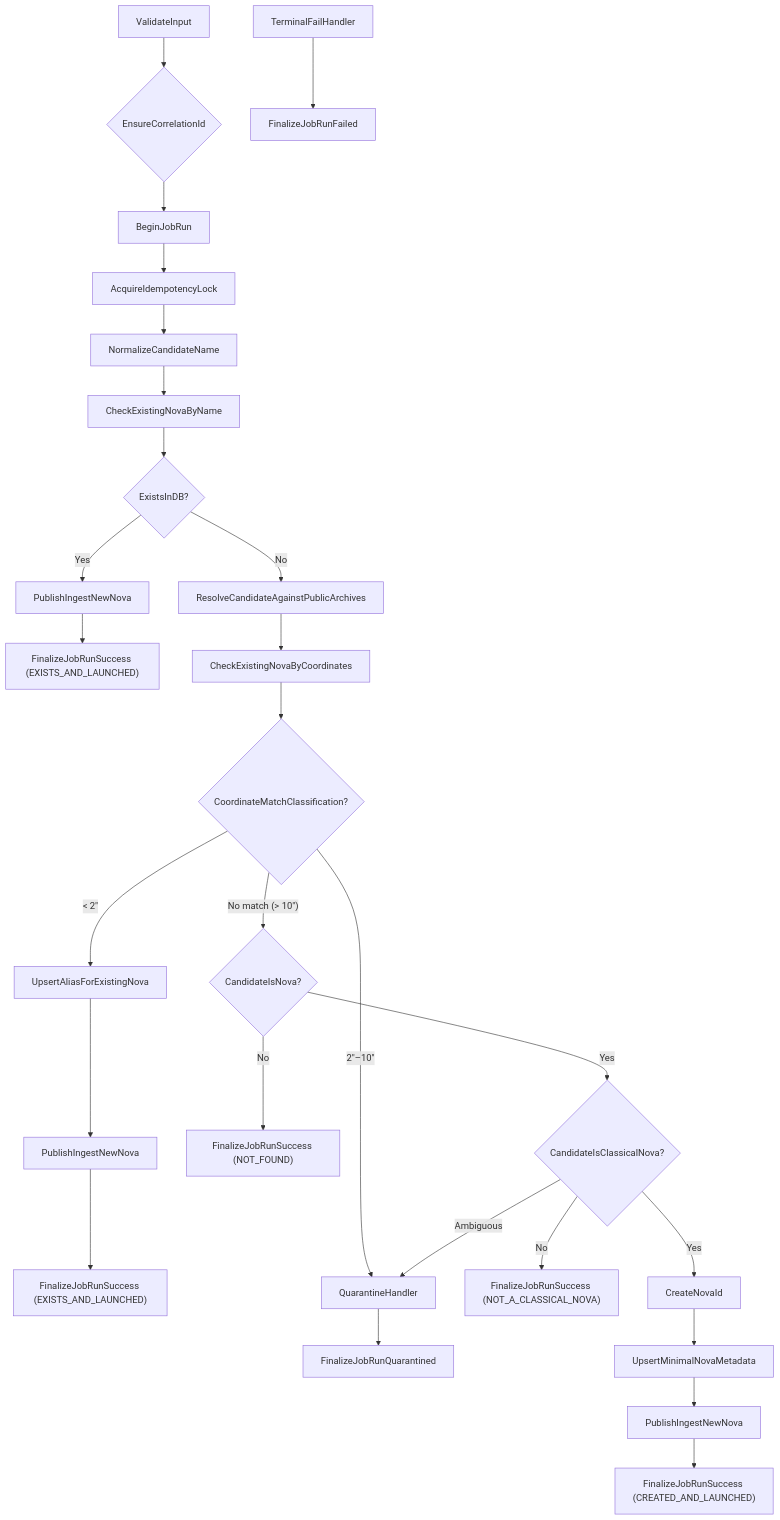
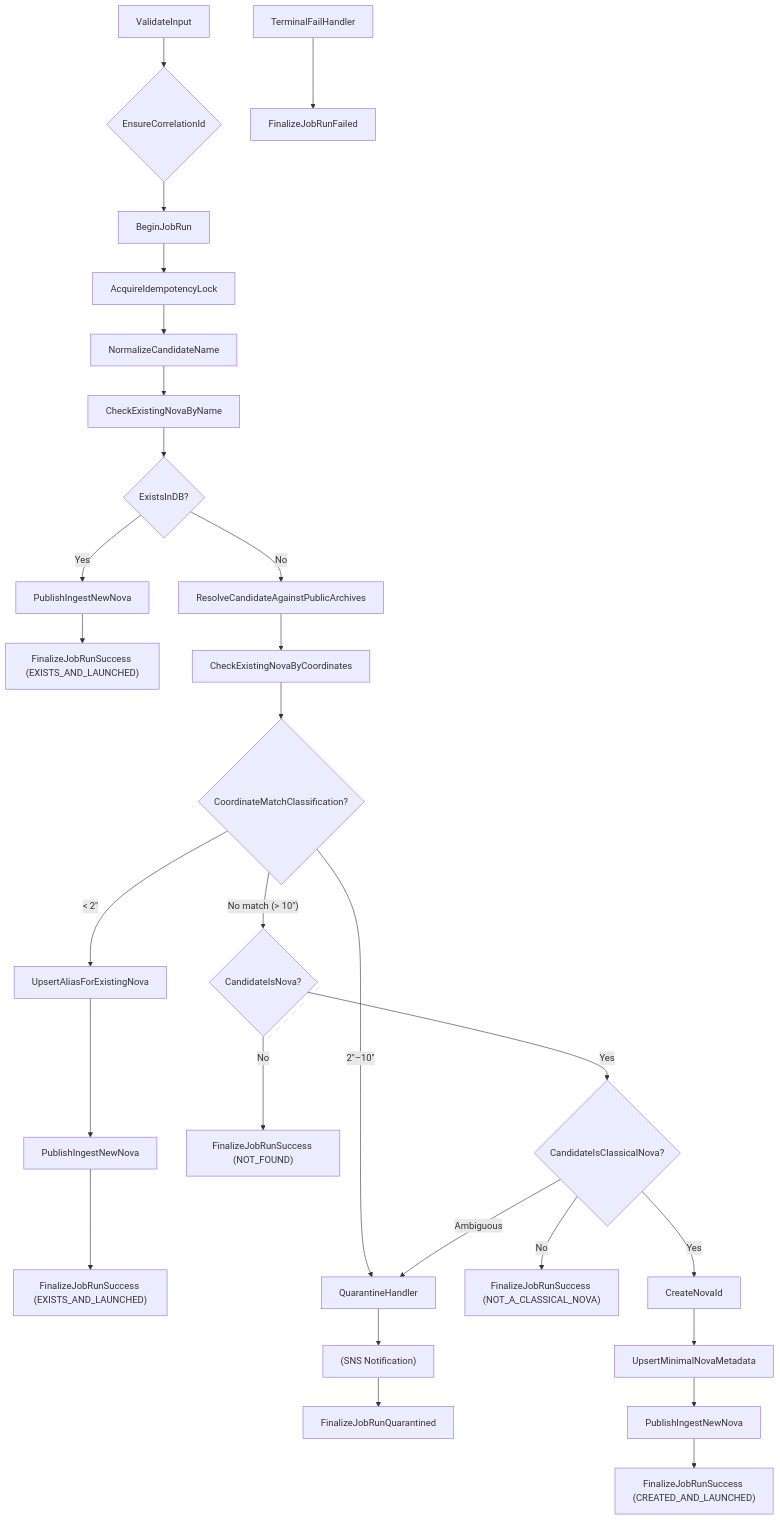
One commit to finzellt/aws_nova_cat changed the diagram in docs/diagrams/workflow-initialize-nova.md. Above: the diagram before and after it, drawn with Mermaid. The commit also changed 9 other files, not shown here.

First line of the commit message:
refactor(workflows): add byte-level dedupe and SNS quarantine notifications

````diff
--- a/docs/diagrams/workflow-initialize-nova.md
+++ b/docs/diagrams/workflow-initialize-nova.md
@@ -1,38 +1,39 @@
 ```mermaid
-flowchart TD
-  A[ValidateInput] --> B{EnsureCorrelationId}
-  B --> C[BeginJobRun]
-  C --> D[AcquireIdempotencyLock]
-  D --> E[NormalizeCandidateName]
-  E --> F[CheckExistingNovaByName]
-  F --> G{ExistsInDB?}
+    flowchart TD
+    A[ValidateInput] --> B{EnsureCorrelationId}
+    B --> C[BeginJobRun]
+    C --> D[AcquireIdempotencyLock]
+    D --> E[NormalizeCandidateName]
+    E --> F[CheckExistingNovaByName]
+    F --> G{ExistsInDB?}
 
-  G -- Yes --> H[PublishIngestNewNova]
-  H --> I["FinalizeJobRunSuccess (EXISTS_AND_LAUNCHED)"]
+    G -- Yes --> H[PublishIngestNewNova]
+    H --> I["FinalizeJobRunSuccess (EXISTS_AND_LAUNCHED)"]
 
-  G -- No --> J[ResolveCandidateAgainstPublicArchives]
+    G -- No --> J[ResolveCandidateAgainstPublicArchives]
 
-  J --> CC[CheckExistingNovaByCoordinates]
-  CC --> CM{CoordinateMatchClassification?}
+    J --> CC[CheckExistingNovaByCoordinates]
+    CC --> CM{CoordinateMatchClassification?}
 
-  CM -- "< 2&quot;" --> UA[UpsertAliasForExistingNova]
-  UA --> H2[PublishIngestNewNova]
-  H2 --> I2["FinalizeJobRunSuccess (EXISTS_AND_LAUNCHED)"]
+    CM -- "< 2&quot;" --> UA[UpsertAliasForExistingNova]
+    UA --> H2[PublishIngestNewNova]
+    H2 --> I2["FinalizeJobRunSuccess (EXISTS_AND_LAUNCHED)"]
 
-  CM -- "2&quot;–10&quot;" --> Q[QuarantineHandler]
-  Q --> R[FinalizeJobRunQuarantined]
+    CM -- "2&quot;–10&quot;" --> Q[QuarantineHandler]
+    Q --> SS["(SNS Notification)"]
+    SS --> R[FinalizeJobRunQuarantined]
 
-  CM -- "No match (&gt; 10&quot;)" --> K{CandidateIsNova?}
-  K -- No --> L["FinalizeJobRunSuccess (NOT_FOUND)"]
+    CM -- "No match (&gt; 10&quot;)" --> K{CandidateIsNova?}
+    K -- No --> L["FinalizeJobRunSuccess (NOT_FOUND)"]
 
-  K -- Yes --> M{CandidateIsClassicalNova?}
-  M -- No --> N["FinalizeJobRunSuccess (NOT_A_CLASSICAL_NOVA)"]
+    K -- Yes --> M{CandidateIsClassicalNova?}
+    M -- No --> N["FinalizeJobRunSuccess (NOT_A_CLASSICAL_NOVA)"]
 
-  M -- Ambiguous --> Q
-  M -- Yes --> O[CreateNovaId]
-  O --> P[UpsertMinimalNovaMetadata]
-  P --> H3[PublishIngestNewNova]
-  H3 --> S["FinalizeJobRunSuccess (CREATED_AND_LAUNCHED)"]
+    M -- Ambiguous --> Q
+    M -- Yes --> O[CreateNovaId]
+    O --> P[UpsertMinimalNovaMetadata]
+    P --> H3[PublishIngestNewNova]
+    H3 --> S["FinalizeJobRunSuccess (CREATED_AND_LAUNCHED)"]
 
-  TF[TerminalFailHandler] --> FF[FinalizeJobRunFailed]
+    TF[TerminalFailHandler] --> FF[FinalizeJobRunFailed]
 ```
````
